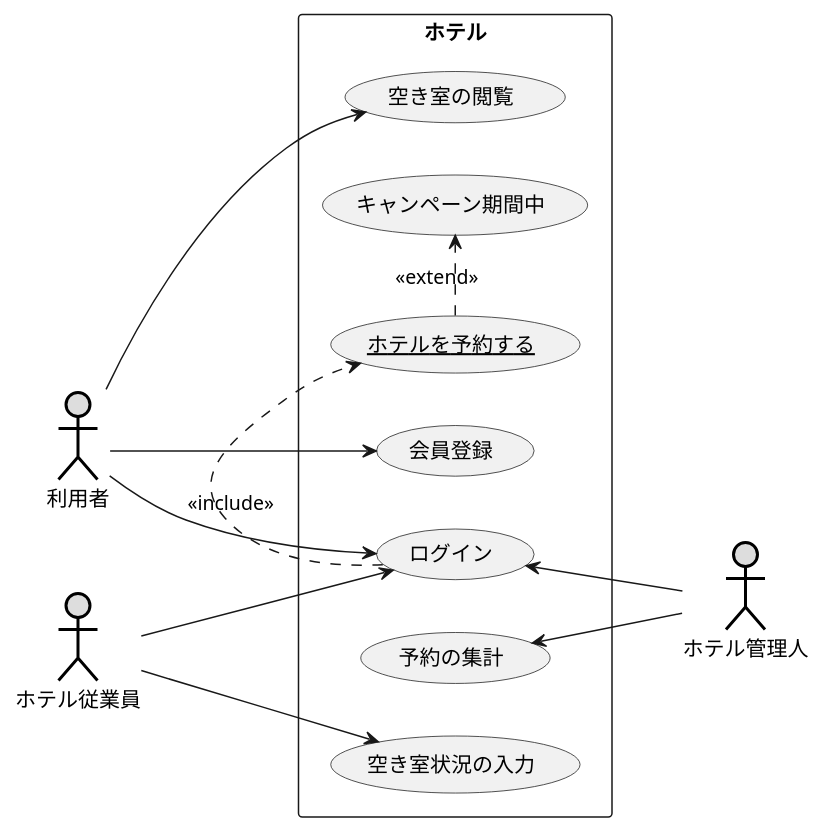
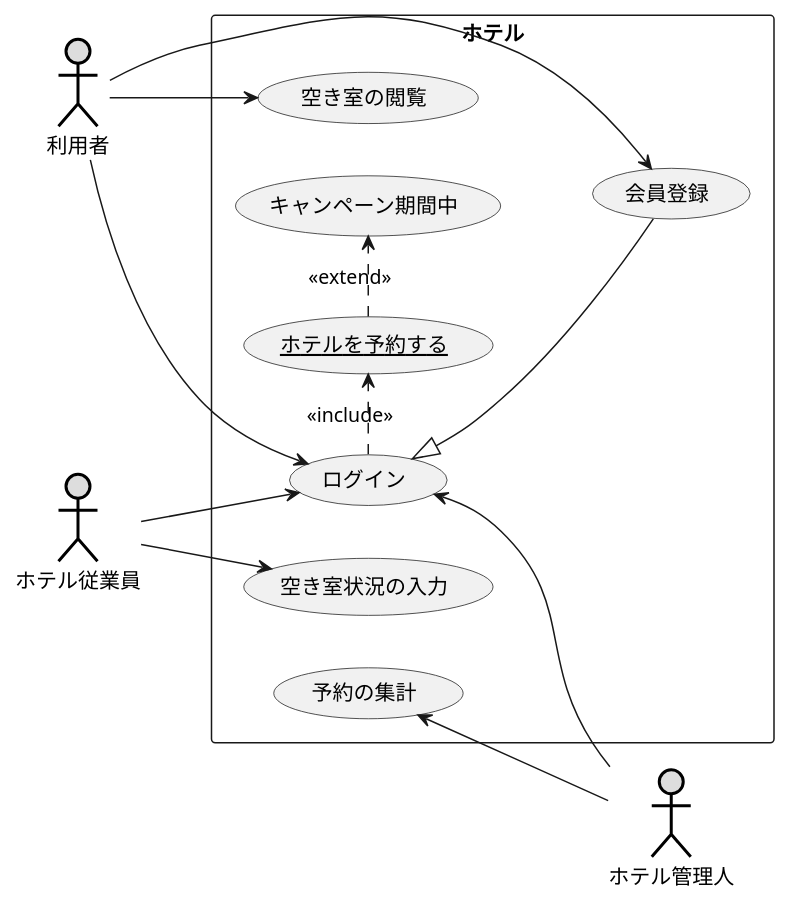
The diagram in 演習2-8_UC_ホテル予約システム.pu (tenroro/uml_introduction), drawn with PlantUML before and after one commit.

Commit message:
演習2-8

```diff
--- a/演習2-8_UC_ホテル予約システム.pu
+++ b/演習2-8_UC_ホテル予約システム.pu
@@ -1,24 +1,25 @@
 @startuml 演習2-8
 left to right direction
 actor 利用者#DDDDDD;line:black;line.bold;
 actor ホテル管理人#DDDDDD;line:black;line.bold;
 actor ホテル従業員#DDDDDD;line:black;line.bold;
 rectangle ホテル{
 usecase 空き室の閲覧
 usecase キャンペーン期間中
 usecase (<u>ホテルを予約する</u>)as input
 usecase 空き室状況の入力
 usecase 予約の集計
 usecase ログイン
 usecase 会員登録
 }
 利用者-->会員登録
+ログイン<|--会員登録
 ログイン.>input : << include>>
 input .>(キャンペーン期間中) : <<extend>>
 利用者-->ログイン
 利用者-->空き室の閲覧
 ログイン<-- ホテル管理人
 ホテル管理人-->予約の集計
 ホテル従業員-->空き室状況の入力
 ホテル従業員-->ログイン
 @enduml
```
